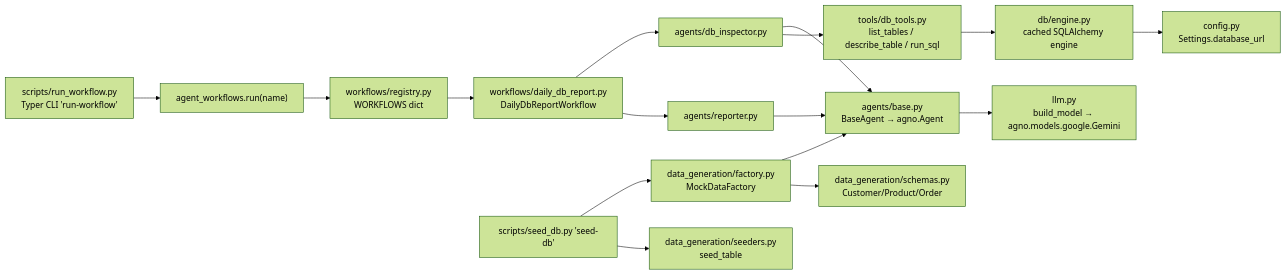
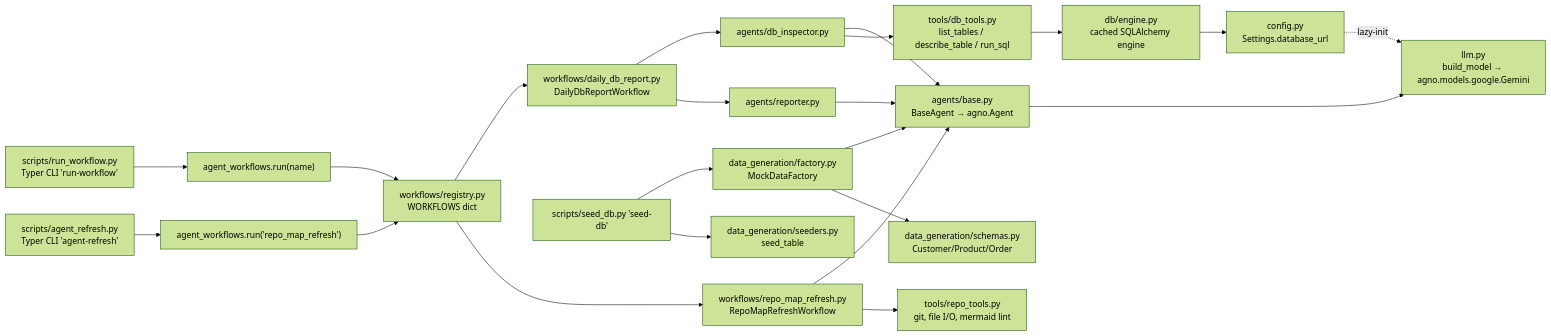
One commit to Rudolf07688/zefflow changed the diagram in notes/repo-map/03-python-agent-workflows.md. Above: the diagram before and after it, drawn with Mermaid (forest theme). The commit also changed other lines of this file and 22 other files, not shown here.

````diff
--- a/notes/repo-map/03-python-agent-workflows.md
+++ b/notes/repo-map/03-python-agent-workflows.md
@@ -15,17 +11,23 @@
 ```mermaid
 flowchart LR
     CLI[scripts/run_workflow.py<br/>Typer CLI 'run-workflow'] --> RUN["agent_workflows.run(name)"]
+    ARCLI[scripts/agent_refresh.py<br/>Typer CLI 'agent-refresh'] --> RMR["agent_workflows.run('repo_map_refresh')"]
     RUN --> REG[workflows/registry.py<br/>WORKFLOWS dict]
+    RMR --> REG
     REG --> WF[workflows/daily_db_report.py<br/>DailyDbReportWorkflow]
+    REG --> RMRWF[workflows/repo_map_refresh.py<br/>RepoMapRefreshWorkflow]
     WF --> A1[agents/db_inspector.py]
     WF --> A2[agents/reporter.py]
-    A1 --> BA[agents/base.py<br/>BaseAgent → agno.Agent]
+    RMRWF --> BA[agents/base.py<br/>BaseAgent → agno.Agent]
+    A1 --> BA
     A2 --> BA
     BA --> LLM[llm.py<br/>build_model → agno.models.google.Gemini]
     A1 --> TOOLS[tools/db_tools.py<br/>list_tables / describe_table / run_sql]
+    RMRWF --> RPTL[tools/repo_tools.py<br/>git, file I/O, mermaid lint]
     TOOLS --> ENG[db/engine.py<br/>cached SQLAlchemy engine]
     ENG --> CFG[config.py<br/>Settings.database_url]
     SEED[scripts/seed_db.py 'seed-db'] --> MDF[data_generation/factory.py<br/>MockDataFactory] --> BA
     MDF --> SCH[data_generation/schemas.py<br/>Customer/Product/Order]
     SEED --> SDR[data_generation/seeders.py<br/>seed_table]
+    CFG -.lazy-init.-> LLM
 ```
````
